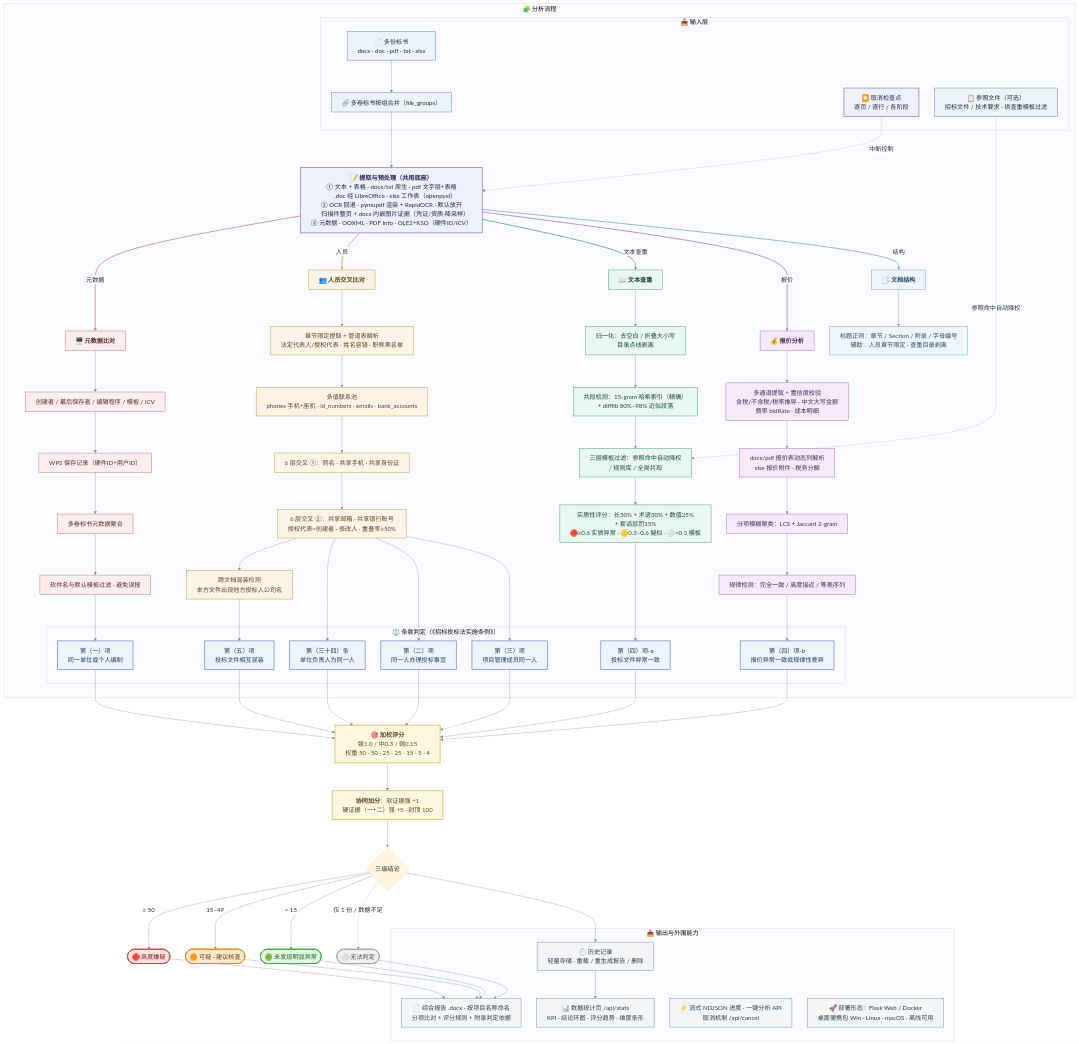
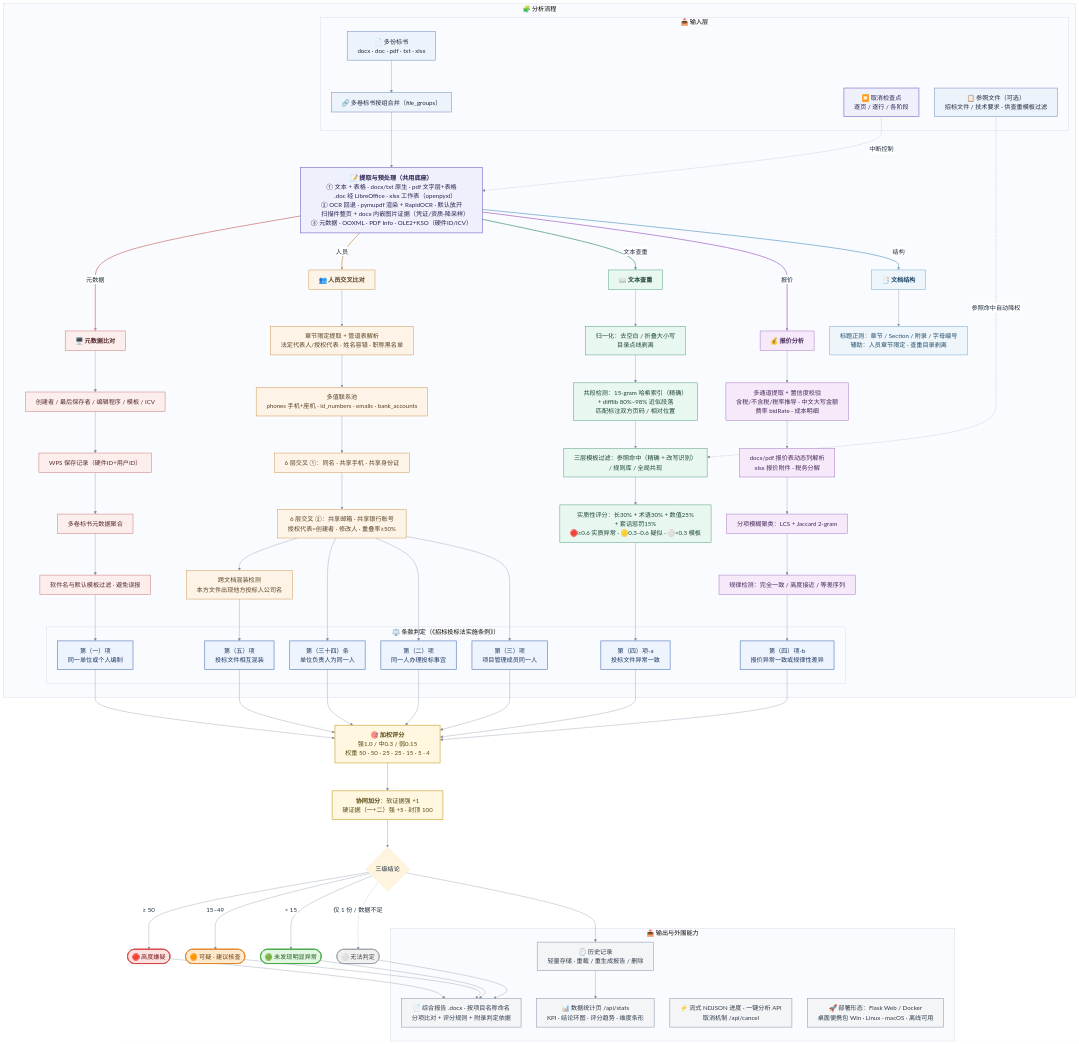
Before and after one commit to yjiao286/xingyicha-bid-rigging-detection: the diagram in output/整体流程图mermaid.md, drawn with Mermaid. The commit also changed 8 other files, not shown here.

```diff
--- a/output/整体流程图mermaid.md
+++ b/output/整体流程图mermaid.md
@@ -29,8 +29,8 @@
 
         T0["<b>📖 文本查重</b>"]
         T1["归一化：去空白 / 折叠大小写<br/>目录点线剥离"]
-        T2["共段检测：15-gram 哈希索引（精确）<br/>+ difflib 80%–98% 近似段落"]
-        T3["三层模板过滤：参照命中自动降权<br/>/ 规则库 / 全局共现"]
+        T2["共段检测：15-gram 哈希索引（精确）<br/>+ difflib 80%–98% 近似段落<br/>匹配标注双方页码 / 相对位置"]
+        T3["三层模板过滤：参照命中（精确 + 改写识别）<br/>/ 规则库 / 全局共现"]
         T4["实质性评分：长30% + 术语30% + 数值25%<br/>+ 套话惩罚15%<br/>🔴≥0.6 实质异常 · 🟡0.3–0.6 疑似 · ⚪&lt;0.3 模板"]
 
         R0["<b>💰 报价分析</b>"]
```
